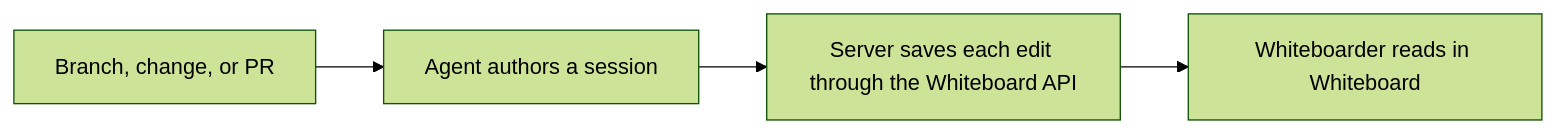
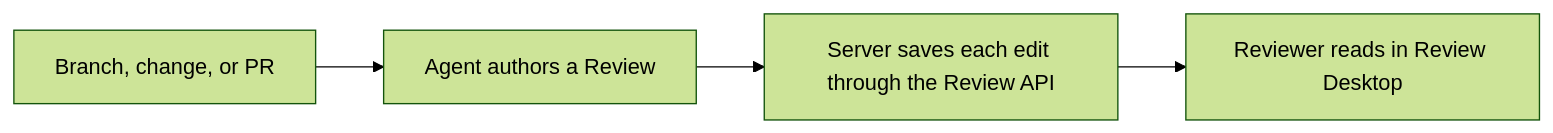
Before and after one commit to devdotfast/review: the diagram in docs/how-review-works.md, drawn with Mermaid (forest theme). The commit also changed other lines of this file and 7913 other files, not shown here.

````diff
--- a/docs/how-review-works.md
+++ b/docs/how-review-works.md
@@ -11,6 +11,6 @@
 ```mermaid
 flowchart LR
-  A[Branch, change, or PR] --> B[Agent authors a session]
-  B --> C[Server saves each edit through the Whiteboard API]
-  C --> D[Whiteboarder reads in Whiteboard]
+  A[Branch, change, or PR] --> B[Agent authors a Review]
+  B --> C[Server saves each edit through the Review API]
+  C --> D[Reviewer reads in Review Desktop]
 ```
````
